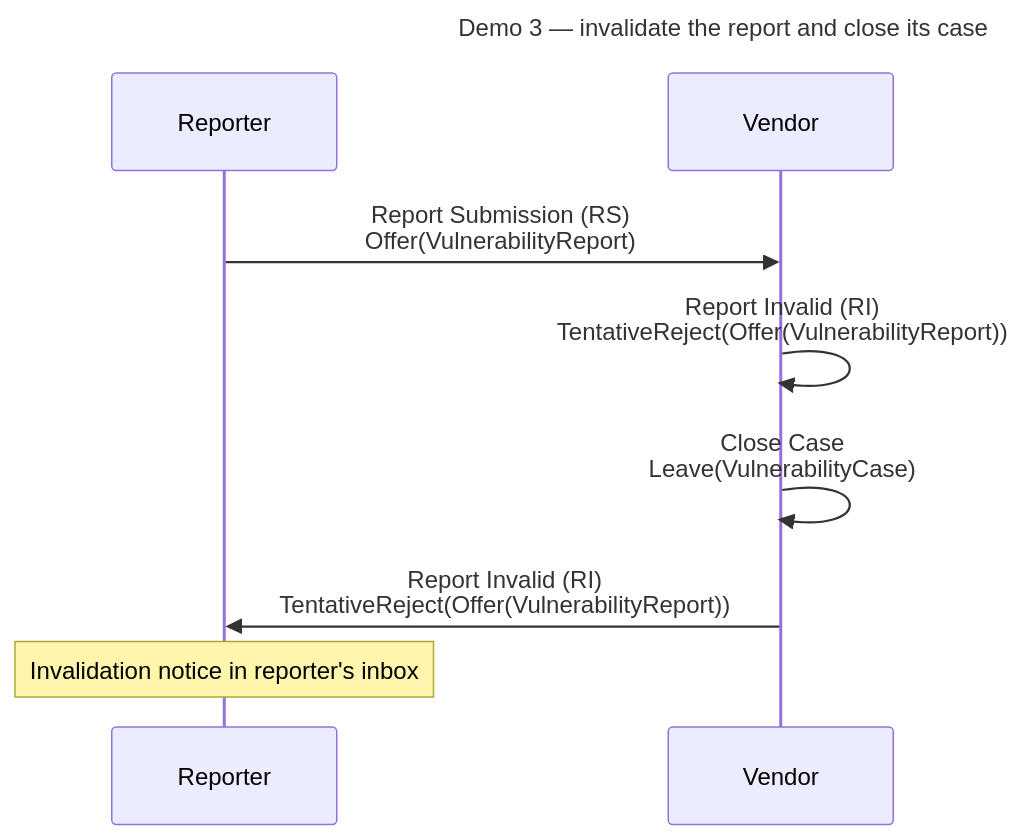
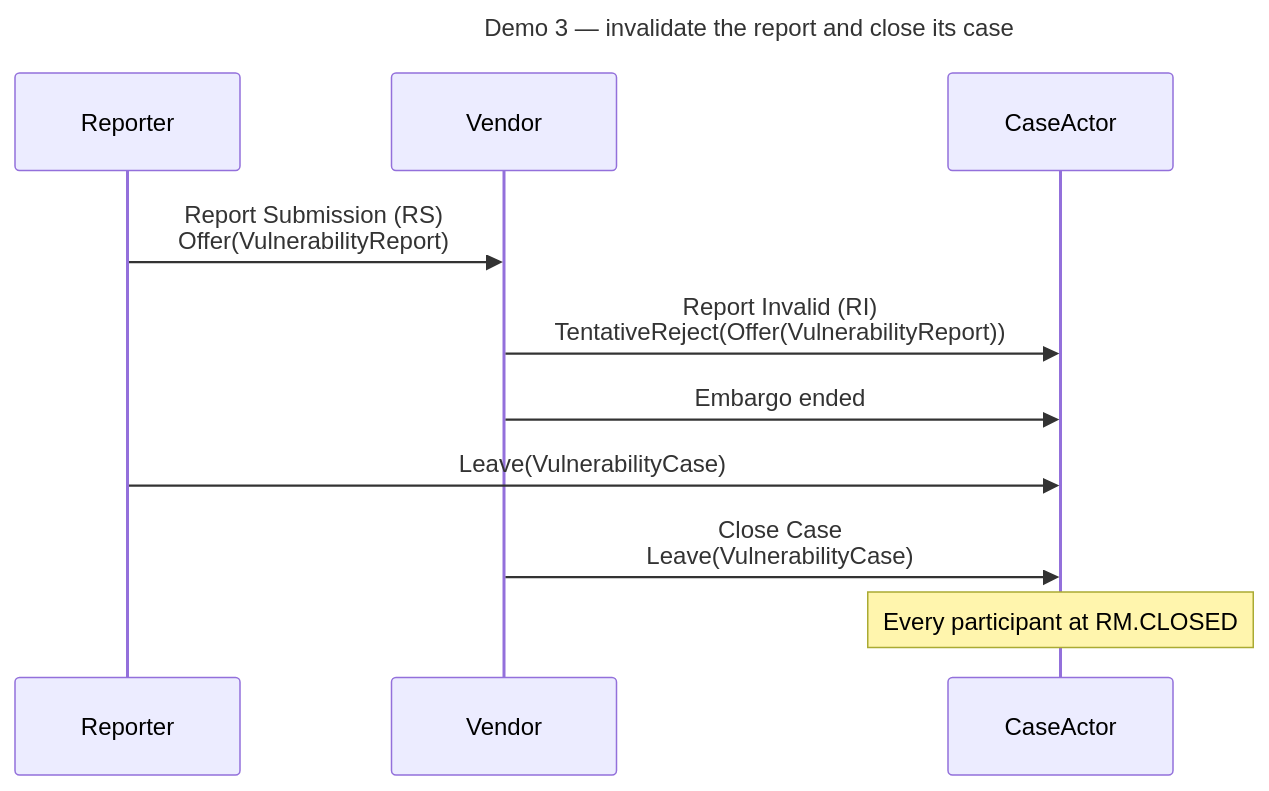
One commit to CERTCC/Vultron changed the third of 3 diagrams in docs/tutorials/receive_report_demo.md. Above: the diagram before and after it, drawn with Mermaid. The commit also changed other lines of this file and 1 other file, not shown here.

Commit message:
docs: exchange demo tutorials show report answers sent to the CaseActor (#5438)

````diff
--- a/docs/tutorials/receive_report_demo.md
+++ b/docs/tutorials/receive_report_demo.md
@@ -169,14 +177,16 @@
 ```mermaid
 ---
 title: Demo 3 — invalidate the report and close its case
 ---
 sequenceDiagram
     participant R as Reporter
     participant V as Vendor
+    participant CA as CaseActor
 
     R->>V: Report Submission (RS)<br/>Offer(VulnerabilityReport)
-    V->>V: Report Invalid (RI)<br/>TentativeReject(Offer(VulnerabilityReport))
-    V->>V: Close Case<br/>Leave(VulnerabilityCase)
-    V->>R: Report Invalid (RI)<br/>TentativeReject(Offer(VulnerabilityReport))
-    Note over R: Invalidation notice in reporter's inbox
+    V->>CA: Report Invalid (RI)<br/>TentativeReject(Offer(VulnerabilityReport))
+    V->>CA: Embargo ended
+    R->>CA: Leave(VulnerabilityCase)
+    V->>CA: Close Case<br/>Leave(VulnerabilityCase)
+    Note over CA: Every participant at RM.CLOSED
 ```
````
